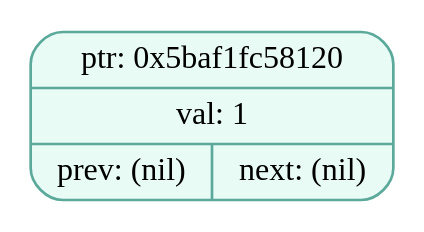
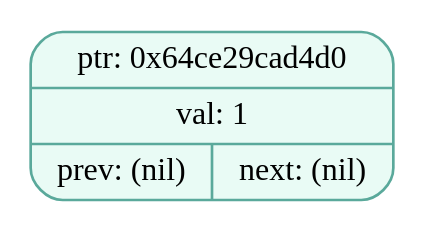
Before and after one commit to EvilTomato9890/Difference: the diagram in dumps/tree_dump_004.dot, drawn with Graphviz. The commit also changed 44 other files, not shown here.

```diff
--- a/dumps/tree_dump_004.dot
+++ b/dumps/tree_dump_004.dot
@@ -1,5 +1,5 @@
 digraph T{
   node [fontname="Fira Mono",shape=record,style="filled,rounded",fontsize=12];
   graph [splines=true, nodesep=0.6, ranksep=0.6];
-  node_0x5baf1fc58120[shape=record,label="{ {ptr: 0x5baf1fc58120} | {val: 1} | { prev: (nil) | next: (nil) } }",color="#5aa99b",fillcolor="#e9fbf5"];
+  node_0x64ce29cad4d0[shape=record,label="{ {ptr: 0x64ce29cad4d0} | {val: 1} | { prev: (nil) | next: (nil) } }",color="#5aa99b",fillcolor="#e9fbf5"];
 }
```
